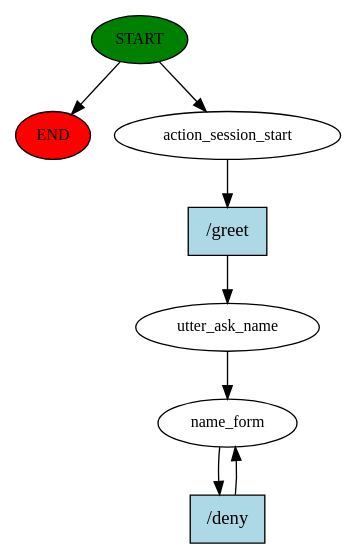
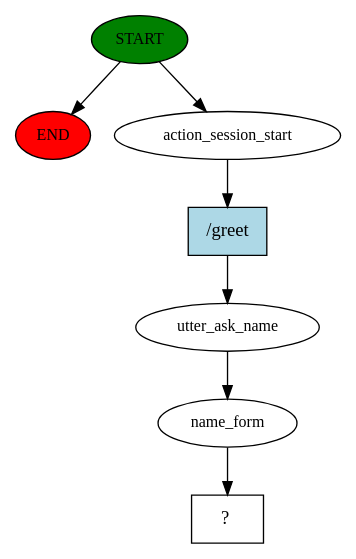
Before and after one commit to tytangad/4461-P2-Chatbot: the diagram in story_graph.dot, drawn with Graphviz. The commit also changed 1 other file, not shown here.

```diff
--- a/story_graph.dot
+++ b/story_graph.dot
@@ -1,16 +1,15 @@
 digraph  {
 0 [class="start active", fillcolor=green, fontsize=12, label=START, style=filled];
 "-1" [class=end, fillcolor=red, fontsize=12, label=END, style=filled];
 1 [class=active, fontsize=12, label=action_session_start];
 2 [class=active, fontsize=12, label=utter_ask_name];
-3 [class="active dashed", fontsize=12, label=name_form];
+3 [class=active, fontsize=12, label=name_form];
+4 [class="intent dashed active", label="  ?  ", shape=rect];
 5 [class="intent active", fillcolor=lightblue, label="/greet", shape=rect, style=filled];
-6 [class="intent active", fillcolor=lightblue, label="/deny", shape=rect, style=filled];
 0 -> "-1"  [class="", key=NONE, label=""];
 0 -> 1  [class=active, key=NONE, label=""];
 1 -> 5  [class=active, key=0];
 2 -> 3  [class=active, key=NONE, label=""];
-3 -> 6  [class=active, key=0];
+3 -> 4  [class=active, key=NONE, label=""];
 5 -> 2  [class=active, key=0];
-6 -> 3  [class=active, key=0];
 }
```
